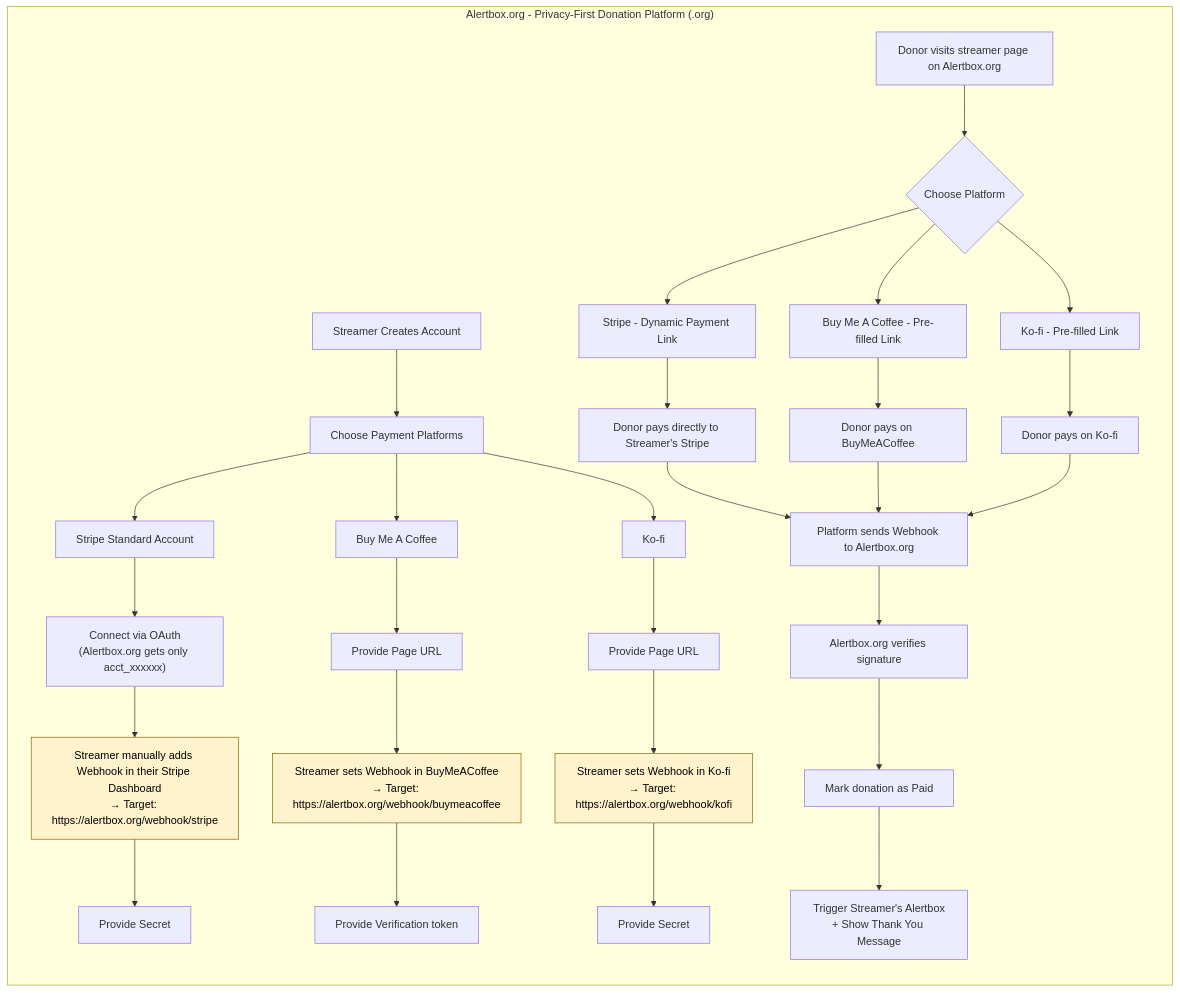
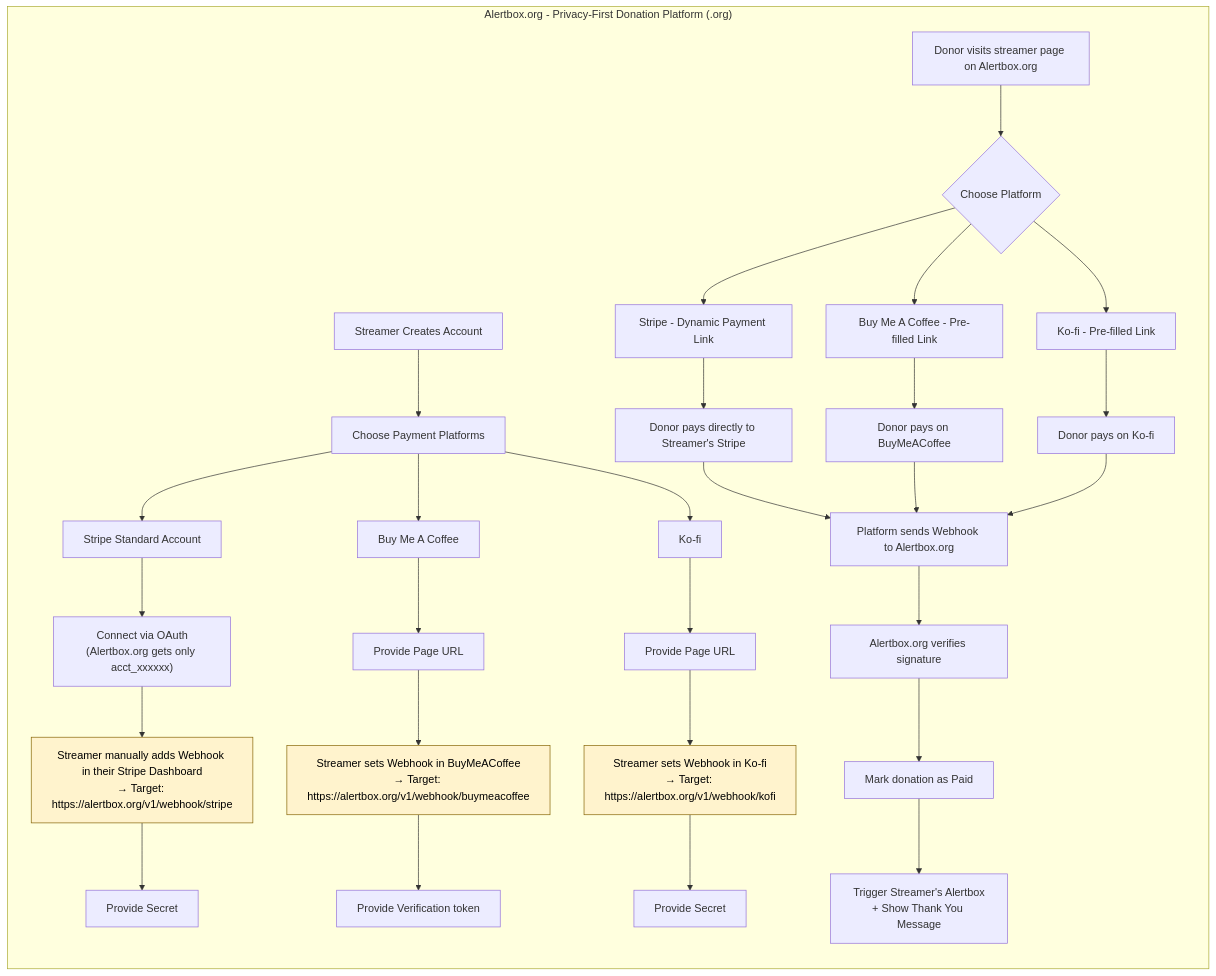
The diagram in README.md (Ponlponl123-Labs/alertbox-org), drawn with Mermaid before and after one commit.

Commit message:
api endpoint

````diff
--- a/README.md
+++ b/README.md
@@ -7,55 +7,55 @@
 ```mermaid
 flowchart TD
     subgraph "Alertbox.org - Privacy-First Donation Platform (.org)"
         direction TB
 
         A[Streamer Creates Account]
         --> B[Choose Payment Platforms]
 
         B --> C1[Stripe Standard Account]
         B --> C2[Buy Me A Coffee]
         B --> C3[Ko-fi]
 
         %% Stripe Flow
         C1 --> D1["Connect via OAuth\n(Alertbox.org gets only acct_xxxxxx)"]
-        D1 --> E1["Streamer manually adds Webhook in their Stripe Dashboard\n→ Target: https://alertbox.org/webhook/stripe"]
+        D1 --> E1["Streamer manually adds Webhook in their Stripe Dashboard\n→ Target: https://alertbox.org/v1/webhook/stripe"]
         E1 --> F1["Provide Secret"]
 
         %% BMC & Ko-fi
         C2 --> D2["Provide Page URL"]
-        D2 --> E2["Streamer sets Webhook in BuyMeACoffee\n→ Target: https://alertbox.org/webhook/buymeacoffee"]
+        D2 --> E2["Streamer sets Webhook in BuyMeACoffee\n→ Target: https://alertbox.org/v1/webhook/buymeacoffee"]
         E2 --> F2["Provide Verification token"]
 
         C3 --> D3["Provide Page URL"]
-        D3 --> E3["Streamer sets Webhook in Ko-fi\n→ Target: https://alertbox.org/webhook/kofi"]
+        D3 --> E3["Streamer sets Webhook in Ko-fi\n→ Target: https://alertbox.org/v1/webhook/kofi"]
         E3 --> F3["Provide Secret"]
 
         %% Donor Flow
         F[Donor visits streamer page on Alertbox.org]
         --> G{Choose Platform}
 
         G --> H1[Stripe - Dynamic Payment Link]
         G --> H2[Buy Me A Coffee - Pre-filled Link]
         G --> H3[Ko-fi - Pre-filled Link]
 
         H1 --> I1[Donor pays directly to Streamer's Stripe]
         H2 --> I2[Donor pays on BuyMeACoffee]
         H3 --> I3[Donor pays on Ko-fi]
 
         %% Webhook & Alert
         I1 --> J[Platform sends Webhook to Alertbox.org]
         I2 --> J
         I3 --> J
 
         J --> K[Alertbox.org verifies signature]
         K --> L[Mark donation as Paid]
         L --> M[Trigger Streamer's Alertbox\n+ Show Thank You Message]
 
         style E1 fill:#fff3cd,stroke:#856404
         style E2 fill:#fff3cd,stroke:#856404
         style E3 fill:#fff3cd,stroke:#856404
     end
 
     classDef yellow fill:#fff3cd,stroke:#856404,color:#000
     class E1,E2,E3 yellow
 ```
````
